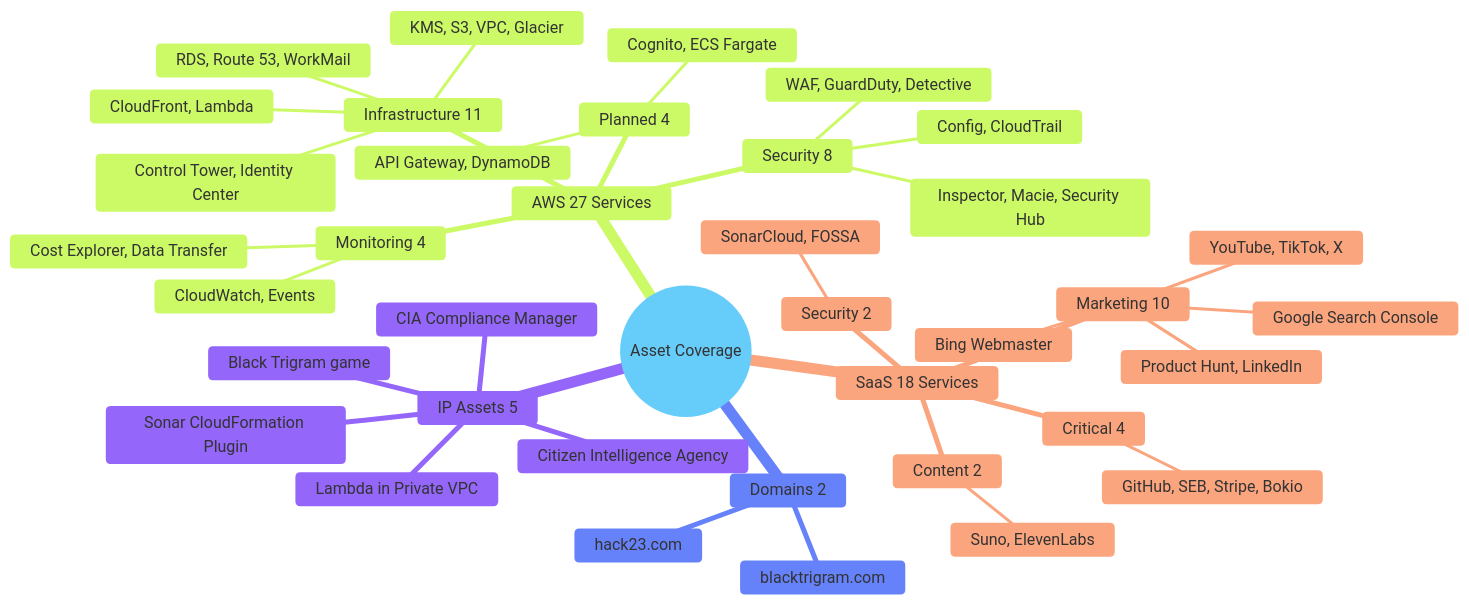
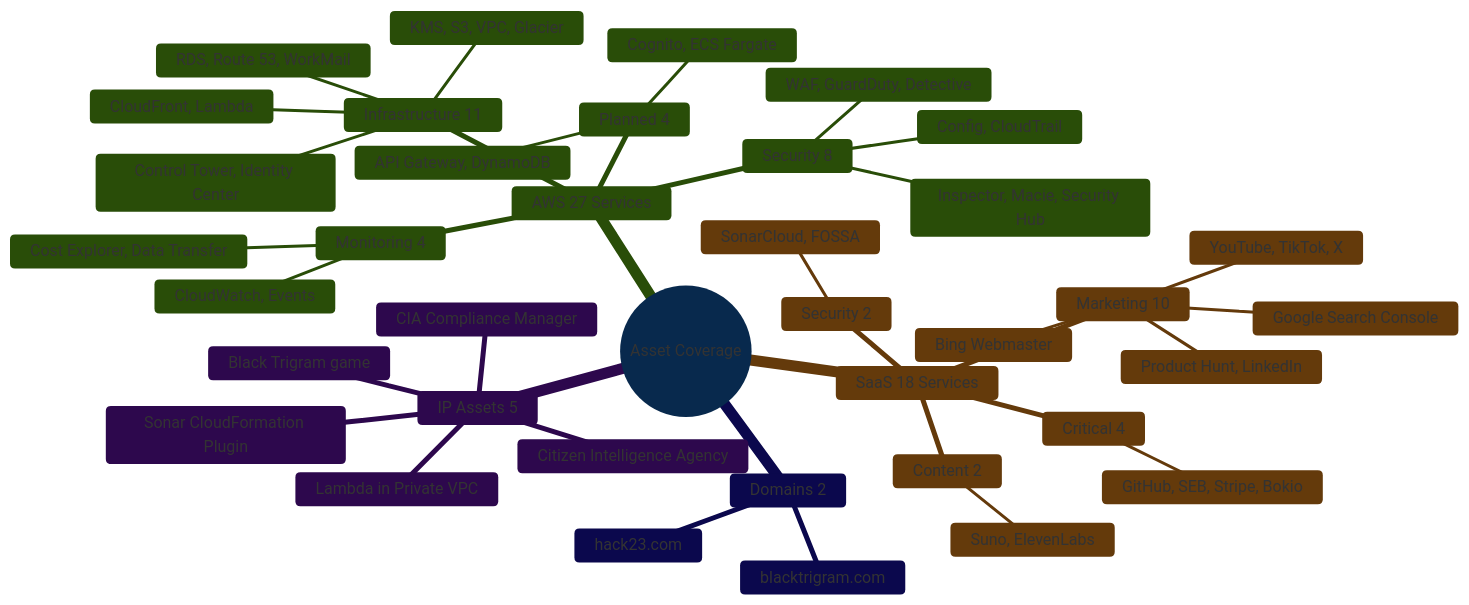
The sixth of 8 diagrams in Asset_Register.md (Hack23/ISMS-PUBLIC), drawn with Mermaid before and after one commit. The commit also changed other lines of this file and 35 other files, not shown here.

````diff
--- a/Asset_Register.md
+++ b/Asset_Register.md
@@ -536,44 +571,44 @@
 ```mermaid
 %%{
-  init: { 'theme': 'base', 'themeVariables': { 'primaryColor': '#e1f5fe', 'lineColor': '#0288d1' } }
+  init: { 'theme': 'base', 'themeVariables': { 'primaryColor': '#1565C0', 'lineColor': '#1565C0' } }
 }%%
 mindmap
   root((Asset Coverage))
     AWS 27 Services
       Security 8
         WAF, GuardDuty, Detective
         Inspector, Macie, Security Hub
         Config, CloudTrail
       Infrastructure 11
         RDS, Route 53, WorkMail
         KMS, S3, VPC, Glacier
         CloudFront, Lambda
         Control Tower, Identity Center
       Monitoring 4
         CloudWatch, Events
         Cost Explorer, Data Transfer
       Planned 4
         API Gateway, DynamoDB
         Cognito, ECS Fargate
     SaaS 18 Services
       Critical 4
         GitHub, SEB, Stripe, Bokio
       Marketing 10
         YouTube, TikTok, X
         Product Hunt, LinkedIn
         Google Search Console
         Bing Webmaster
       Content 2
         Suno, ElevenLabs
       Security 2
         SonarCloud, FOSSA
     Domains 2
       hack23.com
       blacktrigram.com
     IP Assets 5
       Black Trigram game
       CIA Compliance Manager
       Citizen Intelligence Agency
       Lambda in Private VPC
       Sonar CloudFormation Plugin
 ```
````
